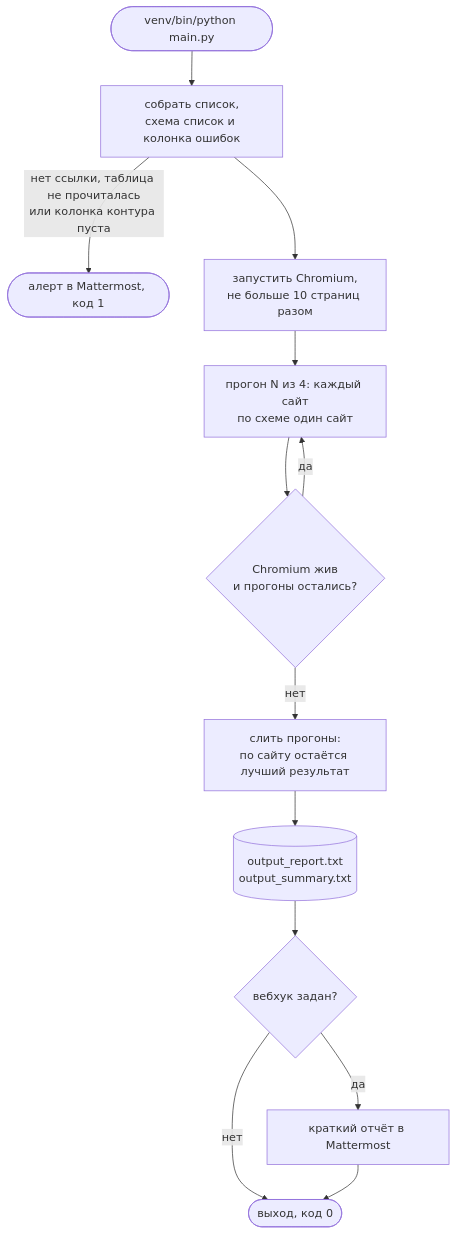
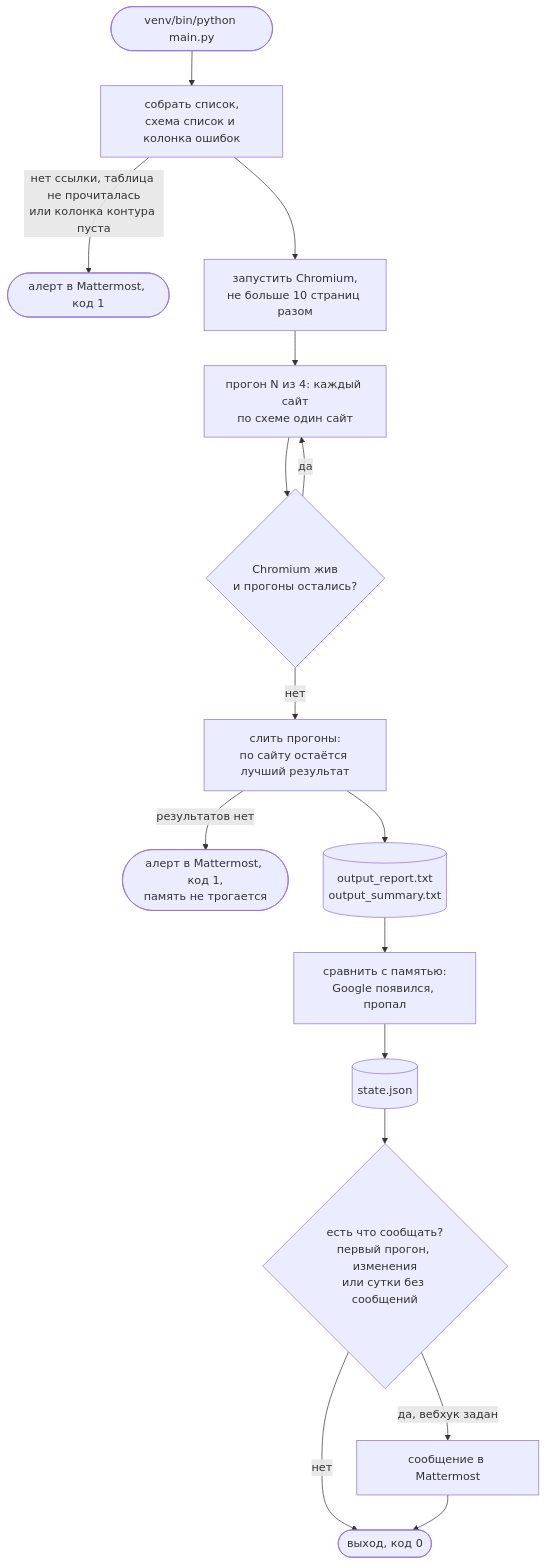
Before and after one commit to not-hehe/digital_tools: the first of 5 diagrams in analytics/google_page_checker/README.md, drawn with Mermaid. The commit also changed other lines of this file and 7 other files, not shown here.

First line of the commit message:
google_page_checker: в канал только смена состояния - Google появился или пропал

````diff
--- a/analytics/google_page_checker/README.md
+++ b/analytics/google_page_checker/README.md
@@ -106,15 +108,18 @@
 ```mermaid
 flowchart TD
     START([venv/bin/python main.py]) --> READ[собрать список,<br/>схема список и колонка ошибок]
     READ -->|нет ссылки, таблица не прочиталась<br/>или колонка контура пуста| END1([алерт в Mattermost, код 1])
     READ --> BR[запустить Chromium,<br/>не больше 10 страниц разом]
     BR --> RUN[прогон N из 4: каждый сайт<br/>по схеме один сайт]
     RUN --> MORE{Chromium жив<br/>и прогоны остались?}
     MORE -->|да| RUN
     MORE -->|нет| MERGE[слить прогоны:<br/>по сайту остаётся лучший результат]
+    MERGE -->|результатов нет| END2([алерт в Mattermost, код 1,<br/>память не трогается])
     MERGE --> REP[(output_report.txt<br/>output_summary.txt)]
-    REP --> HOOK{вебхук задан?}
-    HOOK -->|да| MM[краткий отчёт в Mattermost]
-    HOOK -->|нет| END([выход, код 0])
+    REP --> CMP[сравнить с памятью:<br/>Google появился, пропал]
+    CMP --> SAVE[(state.json)]
+    SAVE --> WHAT{есть что сообщать?<br/>первый прогон, изменения<br/>или сутки без сообщений}
+    WHAT -->|да, вебхук задан| MM[сообщение в Mattermost]
+    WHAT -->|нет| END([выход, код 0])
     MM --> END
 ```
````
